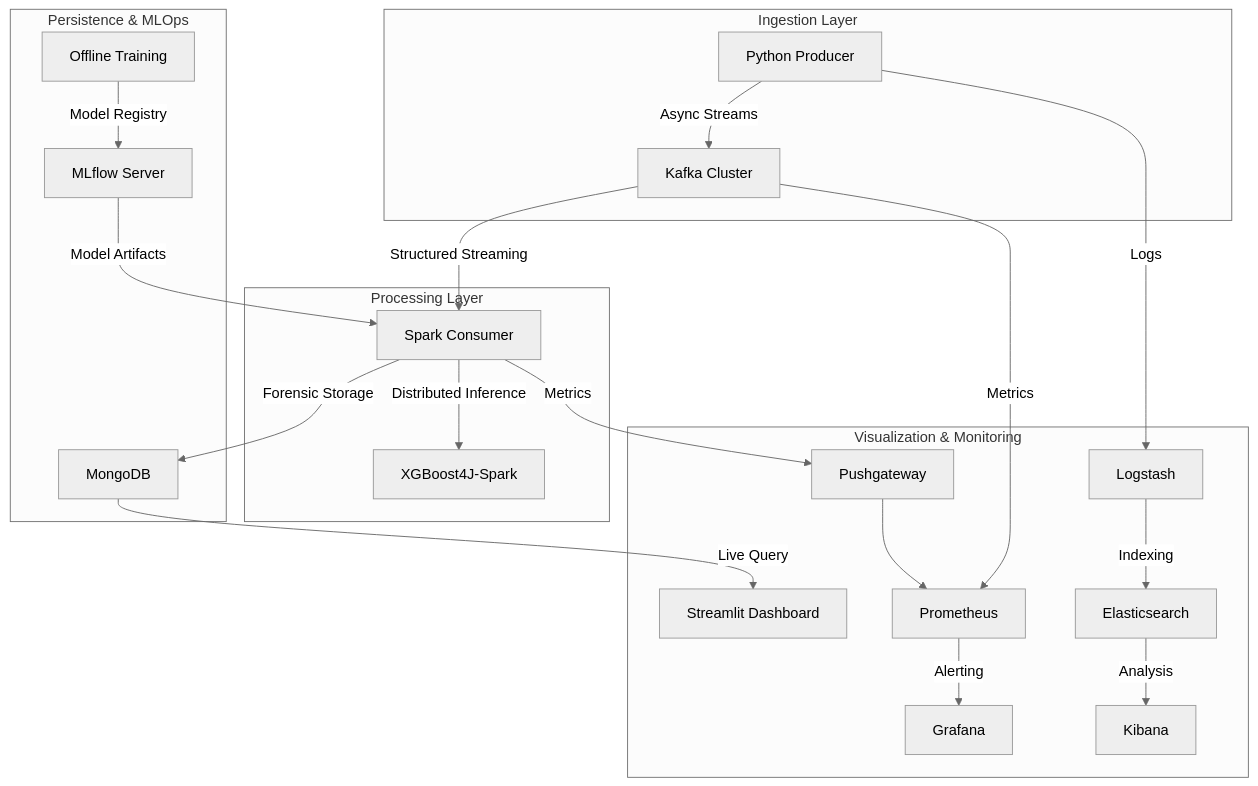
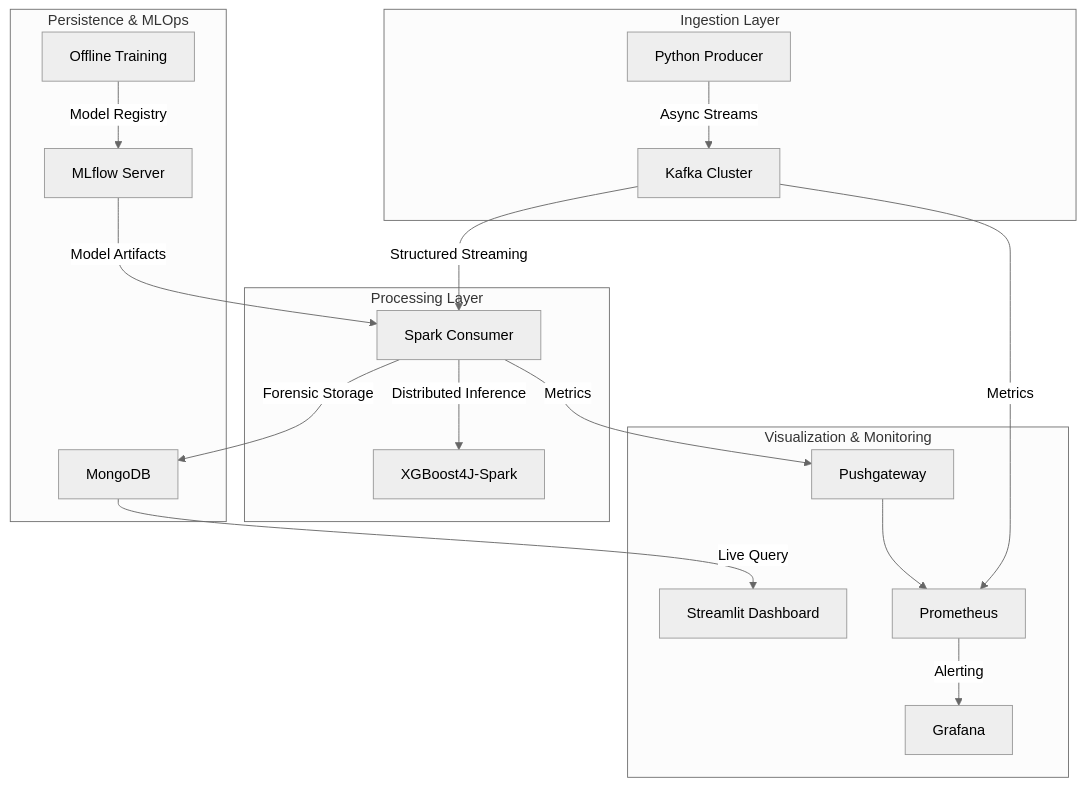
One commit to RimeAabil/FraudPulse changed the diagram in README.md. Above: the diagram before and after it, drawn with Mermaid (neutral theme). The commit also changed other lines of this file, not shown here.

````diff
--- a/README.md
+++ b/README.md
@@ -10,28 +27,25 @@
 ```mermaid
 graph TD
     subgraph "Ingestion Layer"
-        P[Python Producer] --> |Async Streams| K[Kafka Cluster]
+        P[Python Producer] -->|Async Streams| K[Kafka Cluster]
     end
 
     subgraph "Processing Layer"
-        K --> |Structured Streaming| S[Spark Consumer]
-        S --> |Distributed Inference| X[XGBoost4J-Spark]
+        K -->|Structured Streaming| S[Spark Consumer]
+        S -->|Distributed Inference| X[XGBoost4J-Spark]
     end
 
     subgraph "Persistence & MLOps"
-        S --> |Forensic Storage| M[MongoDB]
-        T[Offline Training] --> |Model Registry| MF[MLflow Server]
-        MF --> |Model Artifacts| S
+        S -->|Forensic Storage| M[MongoDB]
+        T[Offline Training] -->|Model Registry| MF[MLflow Server]
+        MF -->|Model Artifacts| S
     end
 
     subgraph "Visualization & Monitoring"
-        M --> |Live Query| D[Streamlit Dashboard]
-        K --> |Metrics| PM[Prometheus]
-        S --> |Metrics| PG[Pushgateway]
+        M -->|Live Query| D[Streamlit Dashboard]
+        K -->|Metrics| PM[Prometheus]
+        S -->|Metrics| PG[Pushgateway]
         PG --> PM
-        PM --> |Alerting| G[Grafana]
-        P --> |Logs| L[Logstash]
-        L --> |Indexing| E[Elasticsearch]
-        E --> |Analysis| KB[Kibana]
+        PM -->|Alerting| G[Grafana]
     end
 ```
````
